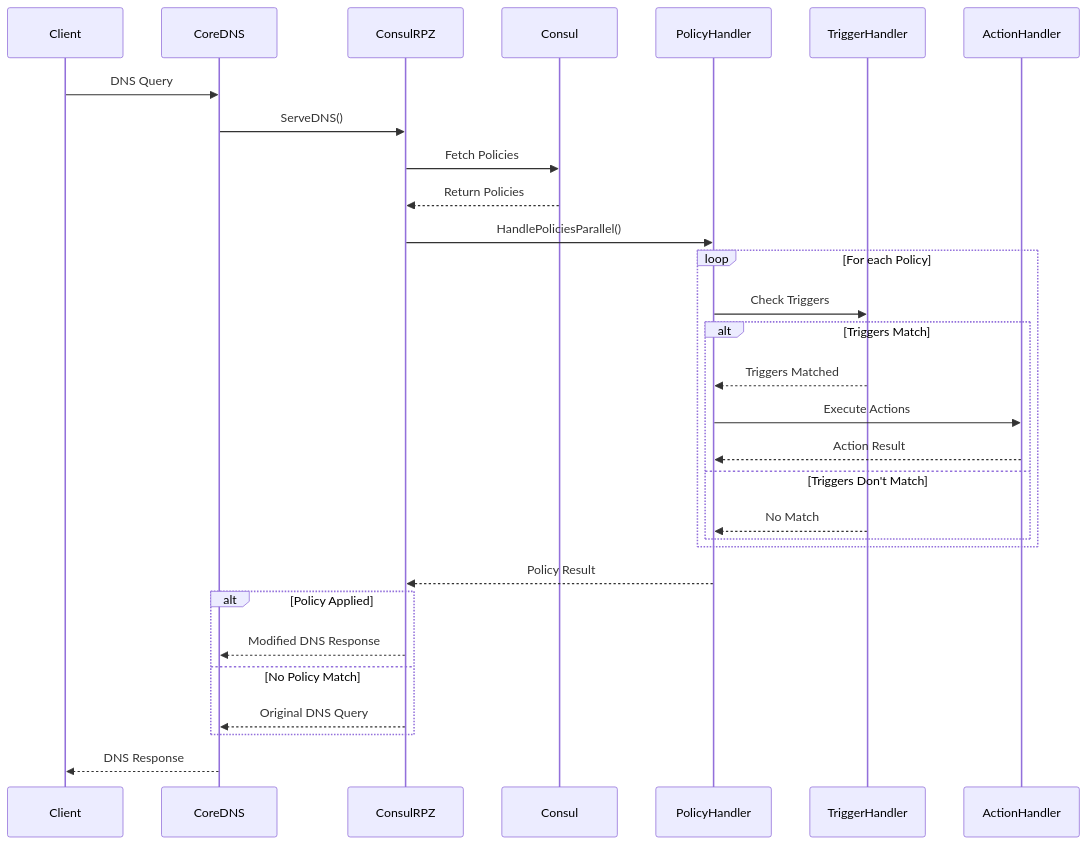
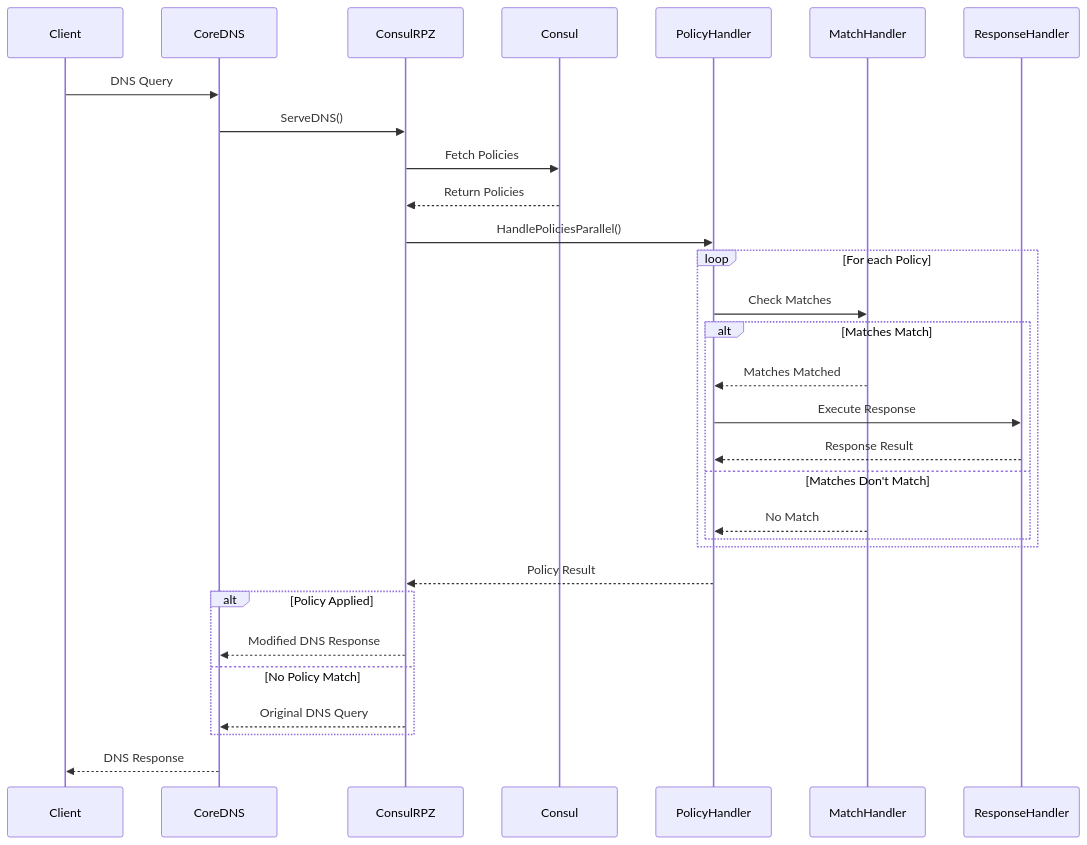
One commit to mwantia/coredns-consulrpz-plugin changed the diagram in README.md. Above: the diagram before and after it, drawn with Mermaid. The commit also changed other lines of this file and 1 other file, not shown here.

````diff
--- a/README.md
+++ b/README.md
@@ -23,33 +23,33 @@
 ```mermaid
 sequenceDiagram
     participant Client
     participant CoreDNS
     participant ConsulRPZ
     participant Consul
     participant PolicyHandler
-    participant TriggerHandler
-    participant ActionHandler
+    participant MatchHandler
+    participant ResponseHandler
 
     Client->>CoreDNS: DNS Query
     CoreDNS->>ConsulRPZ: ServeDNS()
     ConsulRPZ->>Consul: Fetch Policies
     Consul-->>ConsulRPZ: Return Policies
     ConsulRPZ->>PolicyHandler: HandlePoliciesParallel()
     loop For each Policy
-        PolicyHandler->>TriggerHandler: Check Triggers
-        alt Triggers Match
-            TriggerHandler-->>PolicyHandler: Triggers Matched
-            PolicyHandler->>ActionHandler: Execute Actions
-            ActionHandler-->>PolicyHandler: Action Result
-        else Triggers Don't Match
-            TriggerHandler-->>PolicyHandler: No Match
+        PolicyHandler->>MatchHandler: Check Matches
+        alt Matches Match
+            MatchHandler-->>PolicyHandler: Matches Matched
+            PolicyHandler->>ResponseHandler: Execute Response
+            ResponseHandler-->>PolicyHandler: Response Result
+        else Matches Don't Match
+            MatchHandler-->>PolicyHandler: No Match
         end
     end
     PolicyHandler-->>ConsulRPZ: Policy Result
     alt Policy Applied
         ConsulRPZ-->>CoreDNS: Modified DNS Response
     else No Policy Match
         ConsulRPZ-->>CoreDNS: Original DNS Query
     end
     CoreDNS-->>Client: DNS Response
 ```
````
